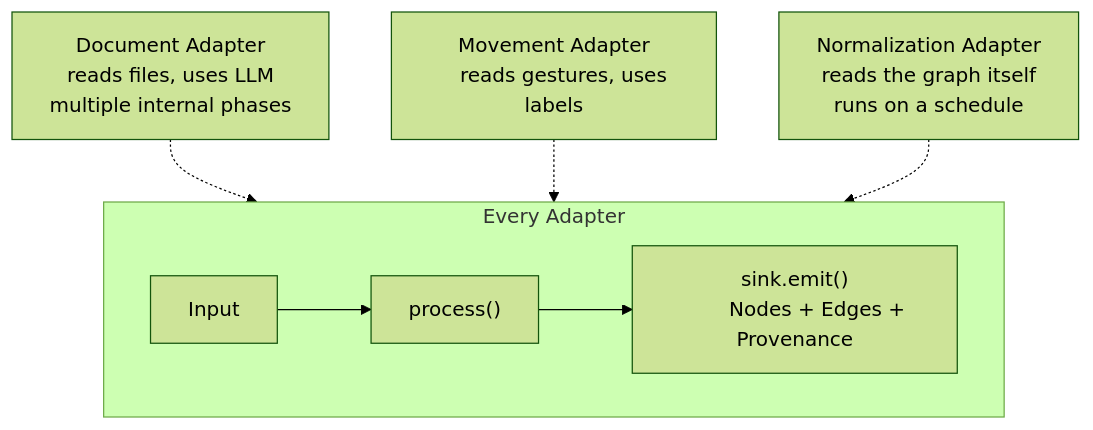
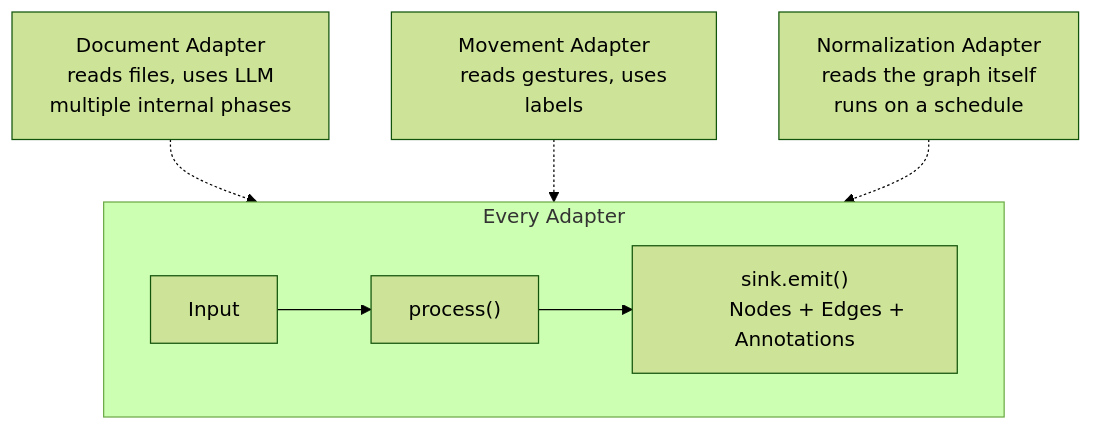
Before and after one commit to nrgforge/plexus: the third of 8 diagrams in docs/semantic-adapters.md, drawn with Mermaid (forest theme). The commit also changed other lines of this file and 1 other file, not shown here.

First line of the commit message:
docs: add provenance split, normalization model, events, and sink semantics

````diff
--- a/docs/semantic-adapters.md
+++ b/docs/semantic-adapters.md
@@ -66,18 +66,18 @@
 ```mermaid
 flowchart TB
     subgraph trait ["Every Adapter"]
         direction LR
         IN["Input"] --> PROCESS["process()"] --> SINK["sink.emit()
-        Nodes + Edges + Provenance"]
+        Nodes + Edges + Annotations"]
     end
 
     DA["Document Adapter
     reads files, uses LLM
     multiple internal phases"] -.-> trait
     MA["Movement Adapter
     reads gestures, uses labels"] -.-> trait
     NA["Normalization Adapter
     reads the graph itself
     runs on a schedule"] -.-> trait
 
 ```
````
